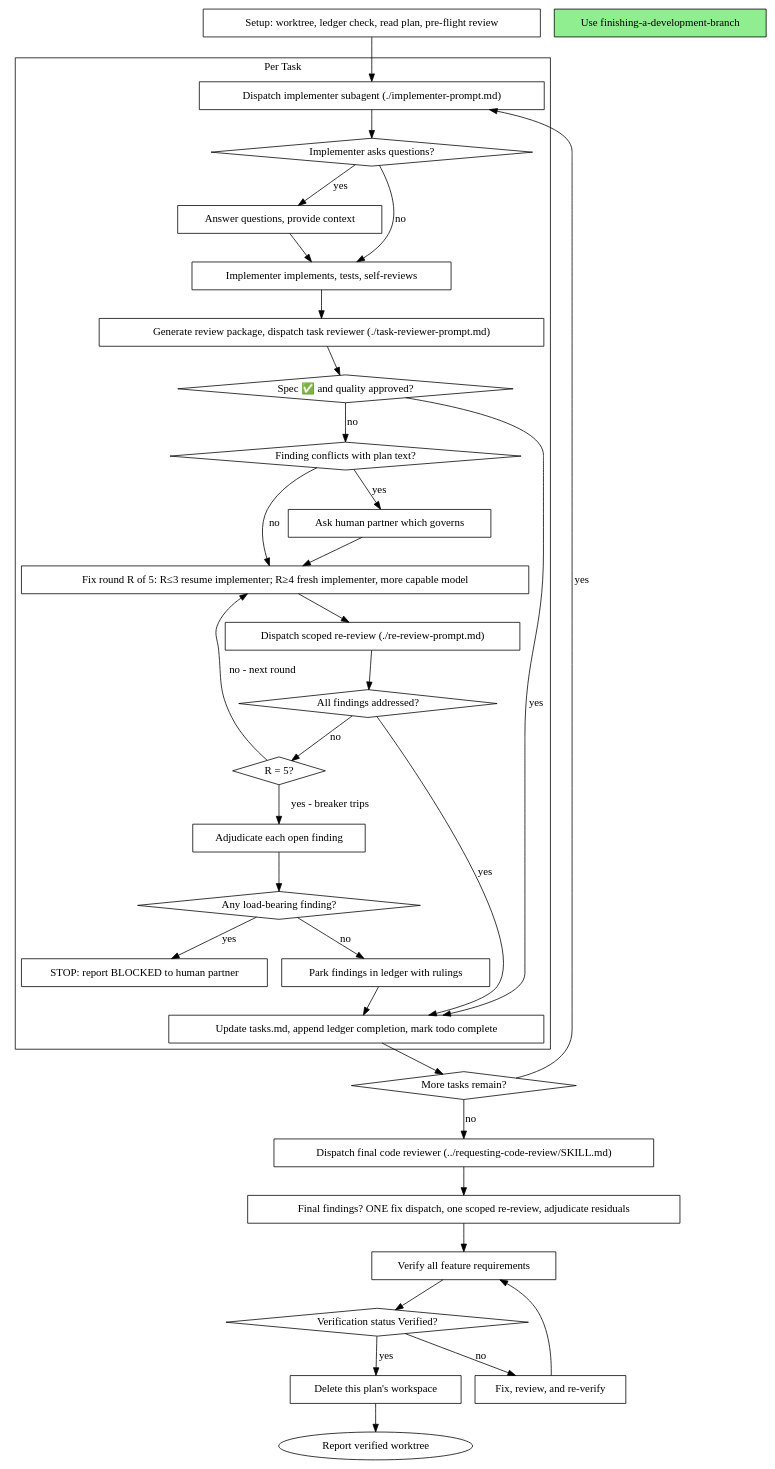
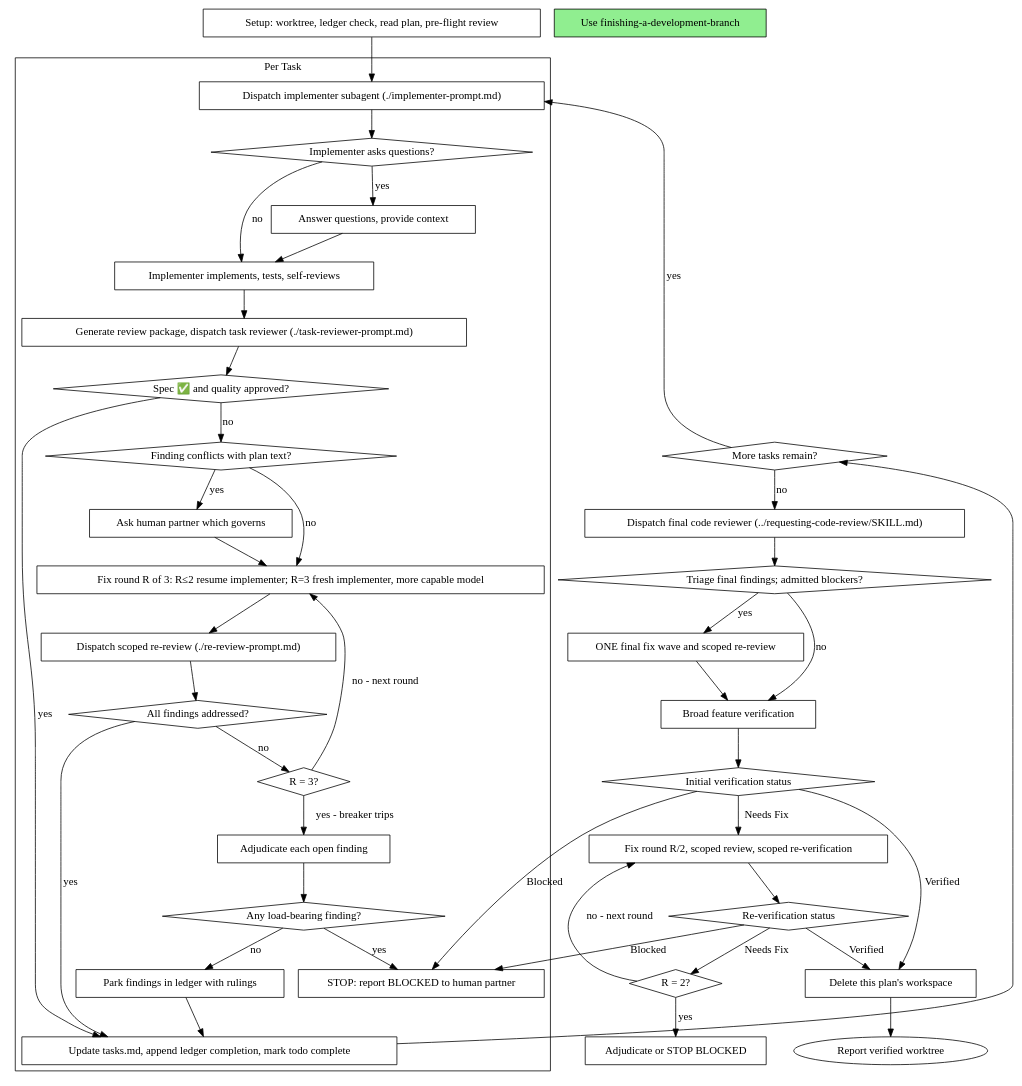
The second of 2 diagrams in .agents/skills/subagent-driven-development/SKILL.md (tuoitho/commerce-app), drawn with Graphviz before and after one commit. The commit also changed other lines of this file and 150 other files, not shown here.

First line of the commit message:
feat: enhance login and registration flow with return path handling

````diff
--- a/.agents/skills/subagent-driven-development/SKILL.md
+++ b/.agents/skills/subagent-driven-development/SKILL.md
@@ -103,69 +109,81 @@
 ```dot
 digraph process {
     rankdir=TB;
 
     subgraph cluster_per_task {
         label="Per Task";
         "Dispatch implementer subagent (./implementer-prompt.md)" [shape=box];
         "Implementer asks questions?" [shape=diamond];
         "Answer questions, provide context" [shape=box];
         "Implementer implements, tests, self-reviews" [shape=box];
         "Generate review package, dispatch task reviewer (./task-reviewer-prompt.md)" [shape=box];
         "Spec ✅ and quality approved?" [shape=diamond];
         "Finding conflicts with plan text?" [shape=diamond];
         "Ask human partner which governs" [shape=box];
-        "Fix round R of 5: R≤3 resume implementer; R≥4 fresh implementer, more capable model" [shape=box];
+        "Fix round R of 3: R≤2 resume implementer; R=3 fresh implementer, more capable model" [shape=box];
         "Dispatch scoped re-review (./re-review-prompt.md)" [shape=box];
         "All findings addressed?" [shape=diamond];
-        "R = 5?" [shape=diamond];
+        "R = 3?" [shape=diamond];
         "Adjudicate each open finding" [shape=box];
         "Any load-bearing finding?" [shape=diamond];
         "STOP: report BLOCKED to human partner" [shape=box];
         "Park findings in ledger with rulings" [shape=box];
         "Update tasks.md, append ledger completion, mark todo complete" [shape=box];
     }
 
     "Setup: worktree, ledger check, read plan, pre-flight review" [shape=box];
     "More tasks remain?" [shape=diamond];
     "Dispatch final code reviewer (../requesting-code-review/SKILL.md)" [shape=box];
-    "Final findings? ONE fix dispatch, one scoped re-review, adjudicate residuals" [shape=box];
-    "Verify all feature requirements" [shape=box];
-    "Verification status Verified?" [shape=diamond];
-    "Fix, review, and re-verify" [shape=box];
+    "Triage final findings; admitted blockers?" [shape=diamond];
+    "ONE final fix wave and scoped re-review" [shape=box];
+    "Broad feature verification" [shape=box];
+    "Initial verification status" [shape=diamond];
+    "Fix round R/2, scoped review, scoped re-verification" [shape=box];
+    "Re-verification status" [shape=diamond];
+    "R = 2?" [shape=diamond];
+    "Adjudicate or STOP BLOCKED" [shape=box];
     "Delete this plan's workspace" [shape=box];
     "Use finishing-a-development-branch" [shape=box style=filled fillcolor=lightgreen];
 
     "Setup: worktree, ledger check, read plan, pre-flight review" -> "Dispatch implementer subagent (./implementer-prompt.md)";
     "Dispatch implementer subagent (./implementer-prompt.md)" -> "Implementer asks questions?";
     "Implementer asks questions?" -> "Answer questions, provide context" [label="yes"];
     "Answer questions, provide context" -> "Implementer implements, tests, self-reviews";
     "Implementer asks questions?" -> "Implementer implements, tests, self-reviews" [label="no"];
     "Implementer implements, tests, self-reviews" -> "Generate review package, dispatch task reviewer (./task-reviewer-prompt.md)";
     "Generate review package, dispatch task reviewer (./task-reviewer-prompt.md)" -> "Spec ✅ and quality approved?";
     "Spec ✅ and quality approved?" -> "Update tasks.md, append ledger completion, mark todo complete" [label="yes"];
     "Spec ✅ and quality approved?" -> "Finding conflicts with plan text?" [label="no"];
     "Finding conflicts with plan text?" -> "Ask human partner which governs" [label="yes"];
-    "Ask human partner which governs" -> "Fix round R of 5: R≤3 resume implementer; R≥4 fresh implementer, more capable model";
-    "Finding conflicts with plan text?" -> "Fix round R of 5: R≤3 resume implementer; R≥4 fresh implementer, more capable model" [label="no"];
-    "Fix round R of 5: R≤3 resume implementer; R≥4 fresh implementer, more capable model" -> "Dispatch scoped re-review (./re-review-prompt.md)";
+    "Ask human partner which governs" -> "Fix round R of 3: R≤2 resume implementer; R=3 fresh implementer, more capable model";
+    "Finding conflicts with plan text?" -> "Fix round R of 3: R≤2 resume implementer; R=3 fresh implementer, more capable model" [label="no"];
+    "Fix round R of 3: R≤2 resume implementer; R=3 fresh implementer, more capable model" -> "Dispatch scoped re-review (./re-review-prompt.md)";
     "Dispatch scoped re-review (./re-review-prompt.md)" -> "All findings addressed?";
     "All findings addressed?" -> "Update tasks.md, append ledger completion, mark todo complete" [label="yes"];
-    "All findings addressed?" -> "R = 5?" [label="no"];
-    "R = 5?" -> "Fix round R of 5: R≤3 resume implementer; R≥4 fresh implementer, more capable model" [label="no - next round"];
-    "R = 5?" -> "Adjudicate each open finding" [label="yes - breaker trips"];
+    "All findings addressed?" -> "R = 3?" [label="no"];
+    "R = 3?" -> "Fix round R of 3: R≤2 resume implementer; R=3 fresh implementer, more capable model" [label="no - next round"];
+    "R = 3?" -> "Adjudicate each open finding" [label="yes - breaker trips"];
     "Adjudicate each open finding" -> "Any load-bearing finding?";
     "Any load-bearing finding?" -> "STOP: report BLOCKED to human partner" [label="yes"];
     "Any load-bearing finding?" -> "Park findings in ledger with rulings" [label="no"];
     "Park findings in ledger with rulings" -> "Update tasks.md, append ledger completion, mark todo complete";
     "Update tasks.md, append ledger completion, mark todo complete" -> "More tasks remain?";
     "More tasks remain?" -> "Dispatch implementer subagent (./implementer-prompt.md)" [label="yes"];
     "More tasks remain?" -> "Dispatch final code reviewer (../requesting-code-review/SKILL.md)" [label="no"];
-    "Dispatch final code reviewer (../requesting-code-review/SKILL.md)" -> "Final findings? ONE fix dispatch, one scoped re-review, adjudicate residuals";
-    "Final findings? ONE fix dispatch, one scoped re-review, adjudicate residuals" -> "Verify all feature requirements";
-    "Verify all feature requirements" -> "Verification status Verified?";
-    "Verification status Verified?" -> "Delete this plan's workspace" [label="yes"];
-    "Verification status Verified?" -> "Fix, review, and re-verify" [label="no"];
-    "Fix, review, and re-verify" -> "Verify all feature requirements";
+    "Dispatch final code reviewer (../requesting-code-review/SKILL.md)" -> "Triage final findings; admitted blockers?";
+    "Triage final findings; admitted blockers?" -> "ONE final fix wave and scoped re-review" [label="yes"];
+    "Triage final findings; admitted blockers?" -> "Broad feature verification" [label="no"];
+    "ONE final fix wave and scoped re-review" -> "Broad feature verification";
+    "Broad feature verification" -> "Initial verification status";
+    "Initial verification status" -> "Delete this plan's workspace" [label="Verified"];
+    "Initial verification status" -> "STOP: report BLOCKED to human partner" [label="Blocked"];
+    "Initial verification status" -> "Fix round R/2, scoped review, scoped re-verification" [label="Needs Fix"];
+    "Fix round R/2, scoped review, scoped re-verification" -> "Re-verification status";
+    "Re-verification status" -> "Delete this plan's workspace" [label="Verified"];
+    "Re-verification status" -> "STOP: report BLOCKED to human partner" [label="Blocked"];
+    "Re-verification status" -> "R = 2?" [label="Needs Fix"];
+    "R = 2?" -> "Fix round R/2, scoped review, scoped re-verification" [label="no - next round"];
+    "R = 2?" -> "Adjudicate or STOP BLOCKED" [label="yes"];
     "Delete this plan's workspace" -> "Report verified worktree";
 }
 ```
````
